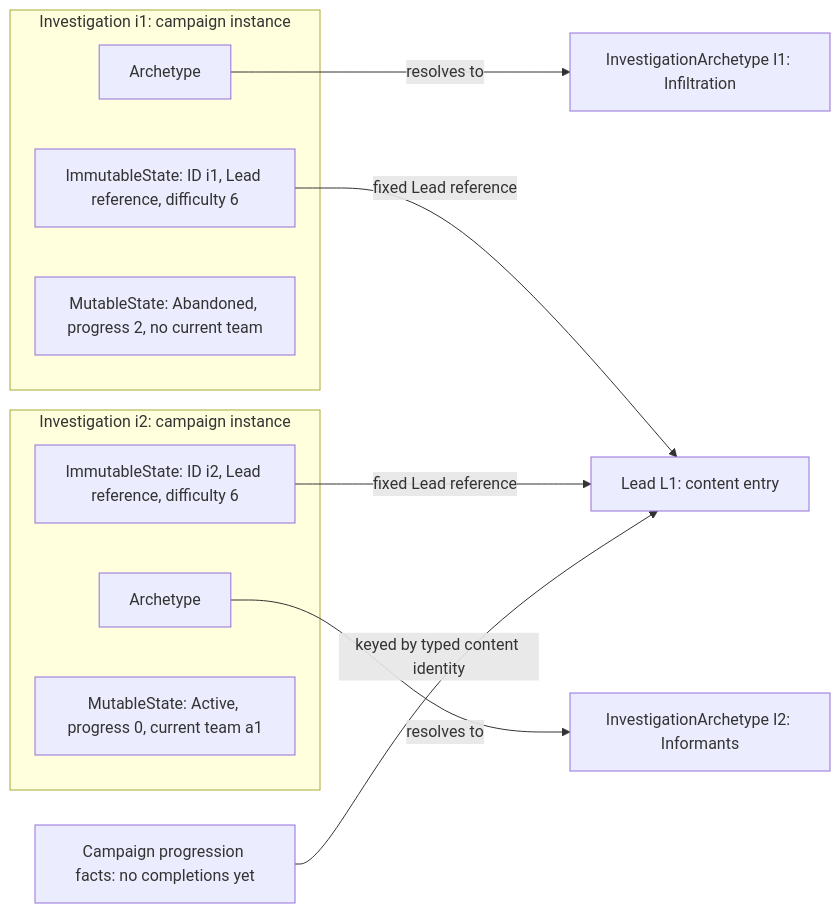
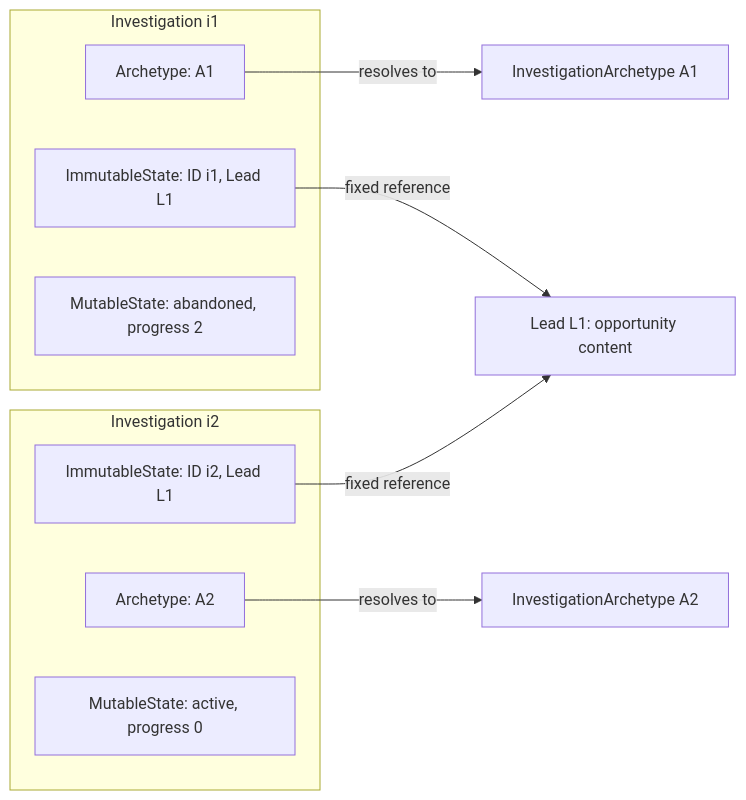
Before and after one commit to konrad-jamrozik/game-v5: the second of 2 diagrams in docs/specs/foundation/modeling-foundations.md, drawn with Mermaid. The commit also changed other lines of this file and 12 other files, not shown here.

````diff
--- a/docs/specs/foundation/modeling-foundations.md
+++ b/docs/specs/foundation/modeling-foundations.md
@@ -478,21 +215,20 @@
 ```mermaid
 flowchart LR
-    L1["Lead L1: content entry"]
-    I1["InvestigationArchetype I1: Infiltration"]
-    I2["InvestigationArchetype I2: Informants"]
-    subgraph Attempt1["Investigation i1: campaign instance"]
-        A1["Archetype"]
-        F1["ImmutableState: ID i1, Lead reference, difficulty 6"]
-        M1["MutableState: Abandoned, progress 2, no current team"]
+    L["Lead L1: opportunity content"]
+    A1["InvestigationArchetype A1"]
+    A2["InvestigationArchetype A2"]
+    subgraph I1["Investigation i1"]
+        C1["Archetype: A1"]
+        F1["ImmutableState: ID i1, Lead L1"]
+        M1["MutableState: abandoned, progress 2"]
     end
-    subgraph Attempt2["Investigation i2: campaign instance"]
-        A2["Archetype"]
-        F2["ImmutableState: ID i2, Lead reference, difficulty 6"]
-        M2["MutableState: Active, progress 0, current team a1"]
+    subgraph I2["Investigation i2"]
+        C2["Archetype: A2"]
+        F2["ImmutableState: ID i2, Lead L1"]
+        M2["MutableState: active, progress 0"]
     end
-    A1 -->|resolves to| I1
-    A2 -->|resolves to| I2
-    F1 -->|fixed Lead reference| L1
-    F2 -->|fixed Lead reference| L1
-    Facts["Campaign progression facts: no completions yet"] -->|keyed by typed content identity| L1
+    C1 -->|resolves to| A1
+    C2 -->|resolves to| A2
+    F1 -->|fixed reference| L
+    F2 -->|fixed reference| L
 ```
````
